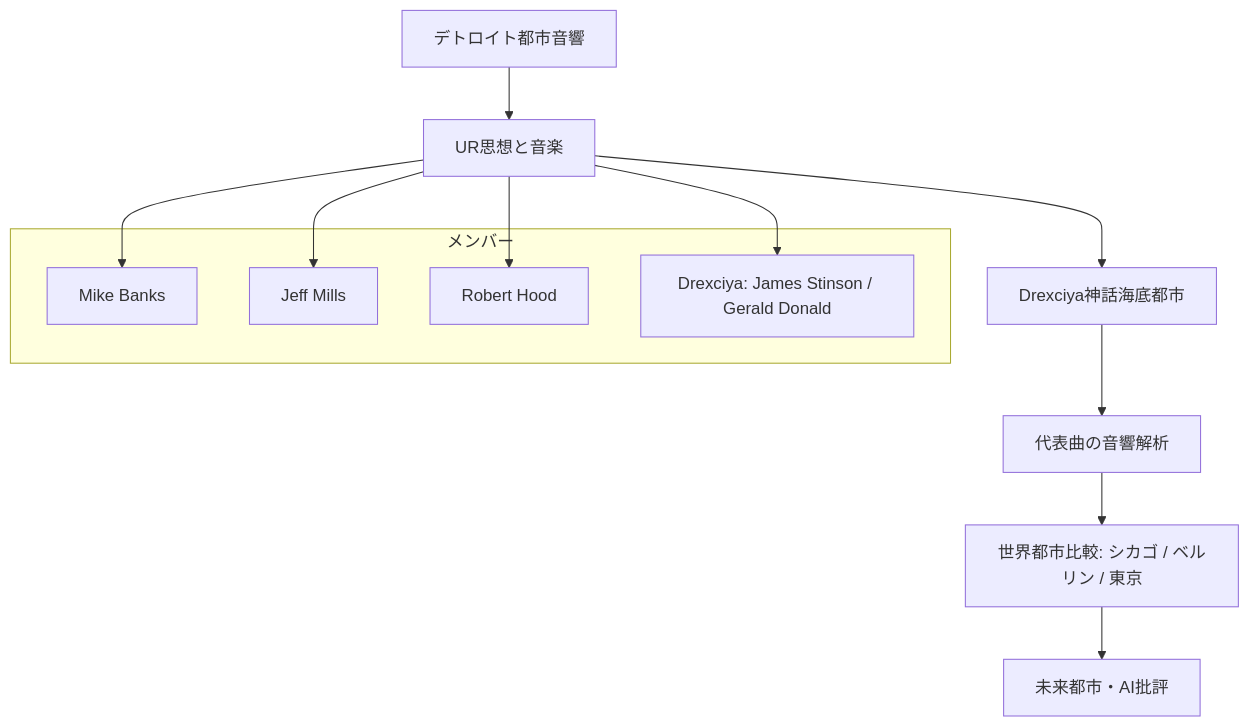
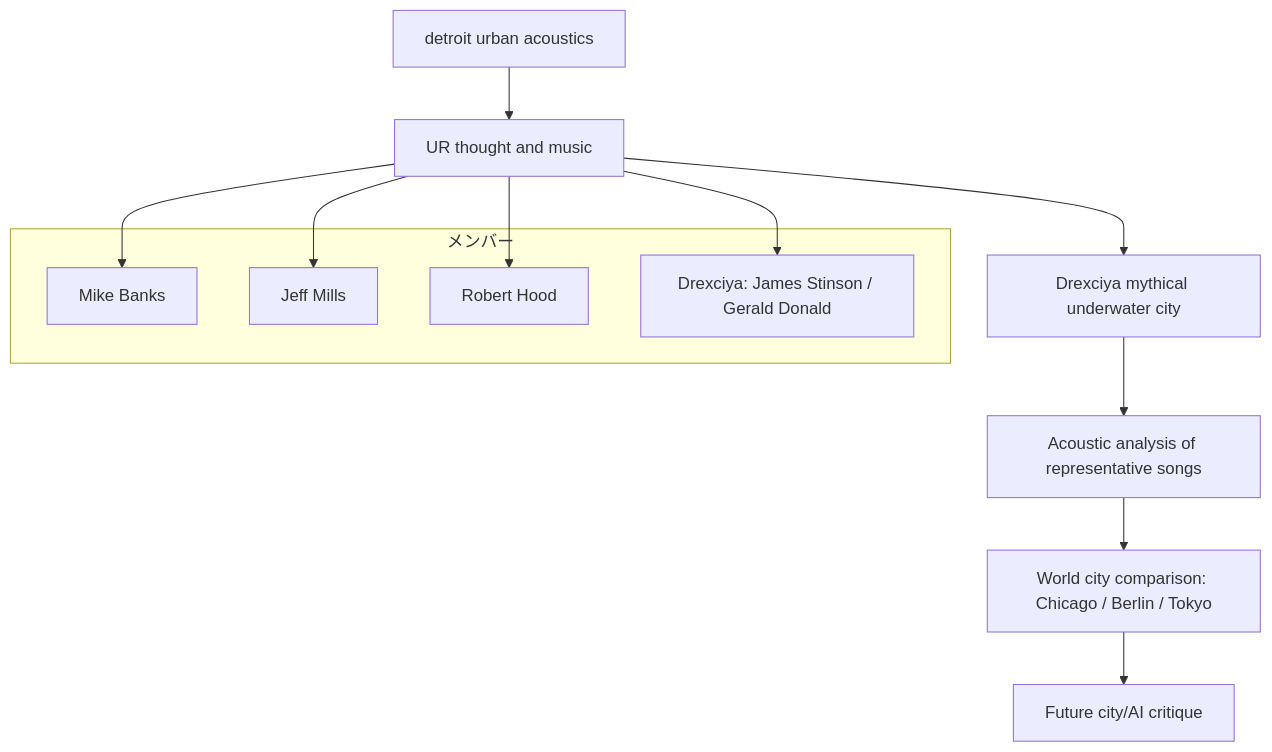
Before and after one commit to monumental-movement/monumental-movement.github.io: the first of 4 diagrams in en/_posts/2025-11-15-column-ur.md, drawn with Mermaid. The commit also changed other lines of this file and 152 other files, not shown here.

```diff
--- a/en/_posts/2025-11-15-column-ur.md
+++ b/en/_posts/2025-11-15-column-ur.md
@@ -209,23 +209,23 @@
 <div class="mermaid">
 
 graph TD
 
-    A[デトロイト都市音響] --> B[UR思想と音楽]
-    B --> C[Drexciya神話海底都市]
-    C --> D[代表曲の音響解析]
-    D --> E[世界都市比較: シカゴ / ベルリン / 東京]
-    E --> F[未来都市・AI批評]
+    A[detroit urban acoustics] --> B[UR thought and music]
+    B --> C[Drexciya mythical underwater city]
+    C --> D[Acoustic analysis of representative songs]
+    D --> E[World city comparison: Chicago / Berlin / Tokyo]
+    E --> F[Future city/AI critique]
 
     subgraph メンバー
         MB[Mike Banks]
         JM[Jeff Mills]
         RH[Robert Hood]
         DR[Drexciya: James Stinson / Gerald Donald]
     end
 
     B --> MB
     B --> JM
     B --> RH
     B --> DR
 
 </div>
```
